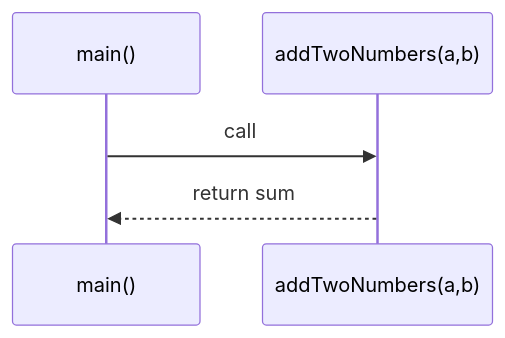
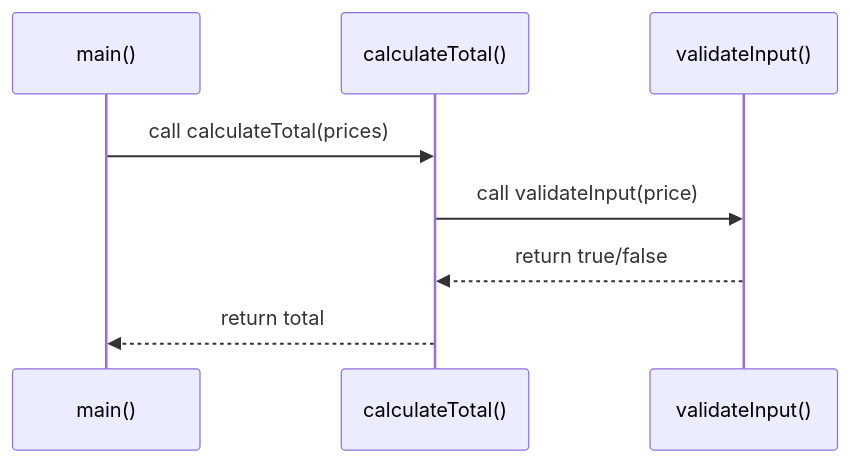
Before and after one commit to pc-eight-one/codersbox: the first of 2 diagrams in src/content/tutorials/java-complete/java-complete-part-8.md, drawn with Mermaid. The commit also changed other lines of this file and 43 other files, not shown here.

````diff
--- a/src/content/tutorials/java-complete/java-complete-part-8.md
+++ b/src/content/tutorials/java-complete/java-complete-part-8.md
@@ -18,7 +19,10 @@
 ```mermaid
 sequenceDiagram
     participant M as main()
-    participant A as addTwoNumbers(a,b)
-    M->>A: call
-    A-->>M: return sum
+    participant C as calculateTotal()
+    participant V as validateInput()
+    M->>C: call calculateTotal(prices)
+    C->>V: call validateInput(price)
+    V-->>C: return true/false
+    C-->>M: return total
 ```
````
